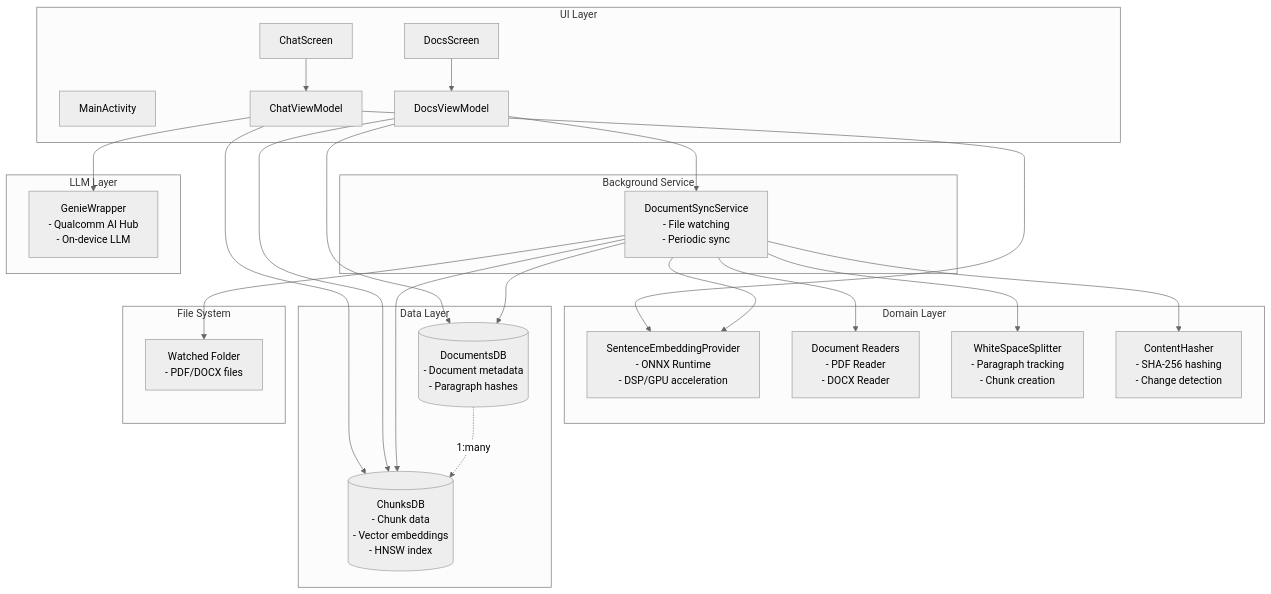
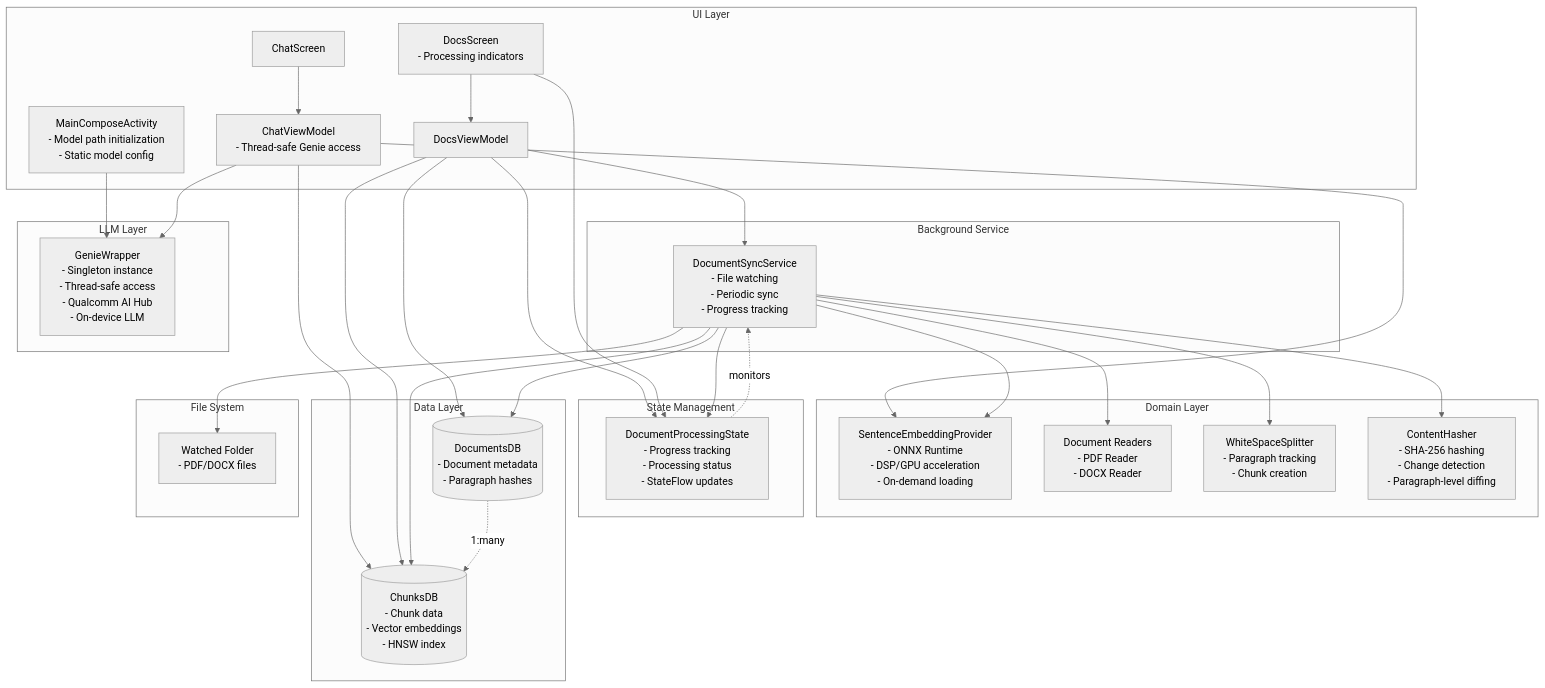
Before and after one commit to bismansahni/Qualcomm-ondevice-rag: the first of 5 diagrams in app/architecture-diagrams.md, drawn with Mermaid (neutral theme). The commit also changed other lines of this file, not shown here.

````diff
--- a/app/architecture-diagrams.md
+++ b/app/architecture-diagrams.md
@@ -5,60 +5,69 @@
 ```mermaid
 graph TB
     subgraph "UI Layer"
-        MainActivity[MainActivity]
+        MainActivity[MainComposeActivity<br/>- Model path initialization<br/>- Static model config]
         ChatScreen[ChatScreen]
-        DocsScreen[DocsScreen]
-        ChatVM[ChatViewModel]
+        DocsScreen[DocsScreen<br/>- Processing indicators]
+        ChatVM[ChatViewModel<br/>- Thread-safe Genie access]
         DocsVM[DocsViewModel]
     end
 
     subgraph "Background Service"
-        DocSyncService[DocumentSyncService<br/>- File watching<br/>- Periodic sync]
+        DocSyncService[DocumentSyncService<br/>- File watching<br/>- Periodic sync<br/>- Progress tracking]
     end
 
     subgraph "Domain Layer"
-        SentenceEncoder[SentenceEmbeddingProvider<br/>- ONNX Runtime<br/>- DSP/GPU acceleration]
+        SentenceEncoder[SentenceEmbeddingProvider<br/>- ONNX Runtime<br/>- DSP/GPU acceleration<br/>- On-demand loading]
         Readers[Document Readers<br/>- PDF Reader<br/>- DOCX Reader]
         Splitter[WhiteSpaceSplitter<br/>- Paragraph tracking<br/>- Chunk creation]
-        Hasher[ContentHasher<br/>- SHA-256 hashing<br/>- Change detection]
+        Hasher[ContentHasher<br/>- SHA-256 hashing<br/>- Change detection<br/>- Paragraph-level diffing]
+    end
+
+    subgraph "State Management"
+        ProcState[DocumentProcessingState<br/>- Progress tracking<br/>- Processing status<br/>- StateFlow updates]
     end
 
     subgraph "Data Layer"
         DocsDB[(DocumentsDB<br/>- Document metadata<br/>- Paragraph hashes)]
         ChunksDB[(ChunksDB<br/>- Chunk data<br/>- Vector embeddings<br/>- HNSW index)]
     end
 
     subgraph "LLM Layer"
-        GenieWrapper[GenieWrapper<br/>- Qualcomm AI Hub<br/>- On-device LLM]
+        GenieWrapper[GenieWrapper<br/>- Singleton instance<br/>- Thread-safe access<br/>- Qualcomm AI Hub<br/>- On-device LLM]
     end
 
     subgraph "File System"
         WatchedFolder[Watched Folder<br/>- PDF/DOCX files]
     end
 
     %% UI interactions
     ChatScreen --> ChatVM
     DocsScreen --> DocsVM
+    MainActivity --> GenieWrapper
 
     %% Chat flow
     ChatVM --> SentenceEncoder
     ChatVM --> ChunksDB
     ChatVM --> GenieWrapper
 
     %% Document management
     DocsVM --> DocsDB
     DocsVM --> ChunksDB
     DocsVM --> DocSyncService
+    DocsVM --> ProcState
+    DocsScreen --> ProcState
 
     %% Background service flow
     DocSyncService --> WatchedFolder
     DocSyncService --> Readers
     DocSyncService --> Splitter
     DocSyncService --> Hasher
     DocSyncService --> SentenceEncoder
     DocSyncService --> DocsDB
     DocSyncService --> ChunksDB
+    DocSyncService --> ProcState
 
     %% Data relationships
     DocsDB -.->|1:many| ChunksDB
+    ProcState -.->|monitors| DocSyncService
 ```
````
